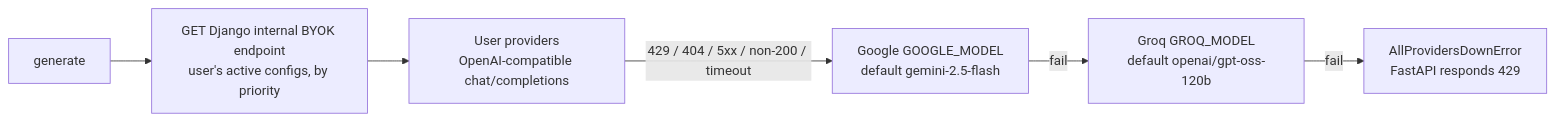
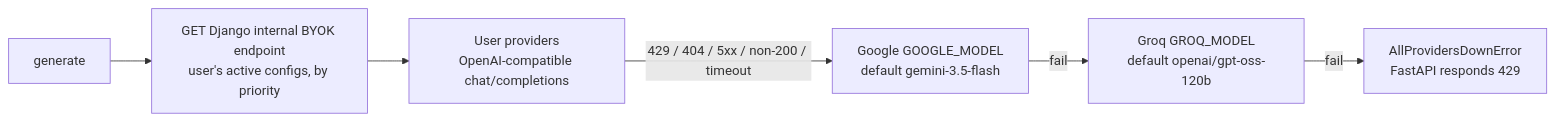
The fifth of 10 diagrams in docs/SYSTEM_ARCHITECTURE.md (muhammedsiinanmp/Devmind), drawn with Mermaid before and after one commit. The commit also changed other lines of this file and 4 other files, not shown here.

````diff
--- a/docs/SYSTEM_ARCHITECTURE.md
+++ b/docs/SYSTEM_ARCHITECTURE.md
@@ -312,8 +312,8 @@
 ```mermaid
 flowchart LR
     A[generate] --> B[GET Django internal BYOK endpoint<br/>user's active configs, by priority]
     B --> C[User providers<br/>OpenAI-compatible chat/completions]
-    C -->|429 / 404 / 5xx / non-200 / timeout| D[Google GOOGLE_MODEL<br/>default gemini-2.5-flash]
+    C -->|429 / 404 / 5xx / non-200 / timeout| D[Google GOOGLE_MODEL<br/>default gemini-3.5-flash]
     D -->|fail| E[Groq GROQ_MODEL<br/>default openai/gpt-oss-120b]
     E -->|fail| G[AllProvidersDownError<br/>FastAPI responds 429]
 ```
````
